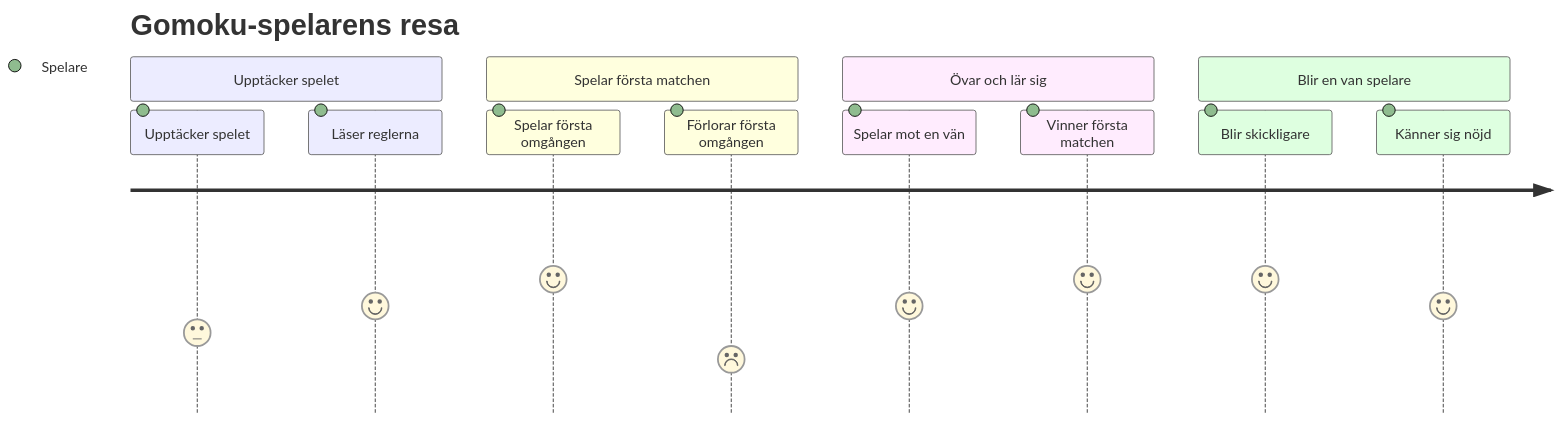
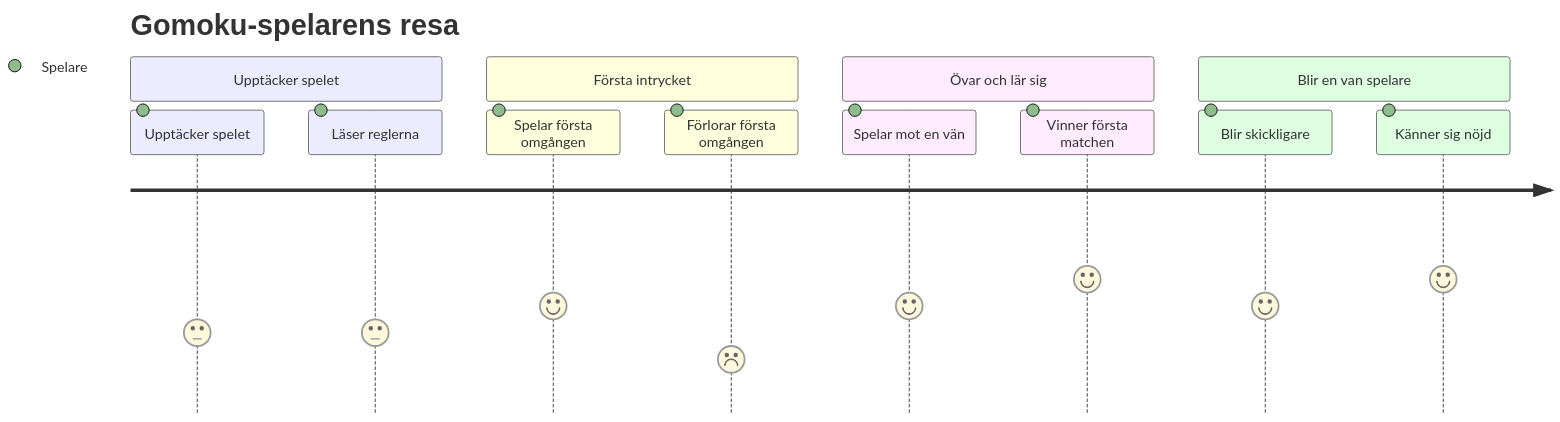
The diagram in docs/07-User-Journey.md (johangaume2001-dev/Grupp-5-ovning), drawn with Mermaid before and after one commit.

Commit message:
försökte skriva mermaid kod för att ändra smileys/text

````diff
--- a/docs/07-User-Journey.md
+++ b/docs/07-User-Journey.md
@@ -1,16 +1,16 @@
 ```mermaid
 journey
     title Gomoku-spelarens resa
     section Upptäcker spelet
       Upptäcker spelet: 3: Spelare
-      Läser reglerna: 4: Spelare
-    section Spelar första matchen
-      Spelar första omgången: 5: Spelare
+      Läser reglerna: 3: Spelare
+    section Första intrycket
+      Spelar första omgången: 4: Spelare
       Förlorar första omgången: 2: Spelare
     section Övar och lär sig
       Spelar mot en vän: 4: Spelare
       Vinner första matchen: 5: Spelare
     section Blir en van spelare
-      Blir skickligare: 5: Spelare
-      Känner sig nöjd: 4: Spelare
+      Blir skickligare: 4: Spelare
+      Känner sig nöjd: 5: Spelare
 ```
````
